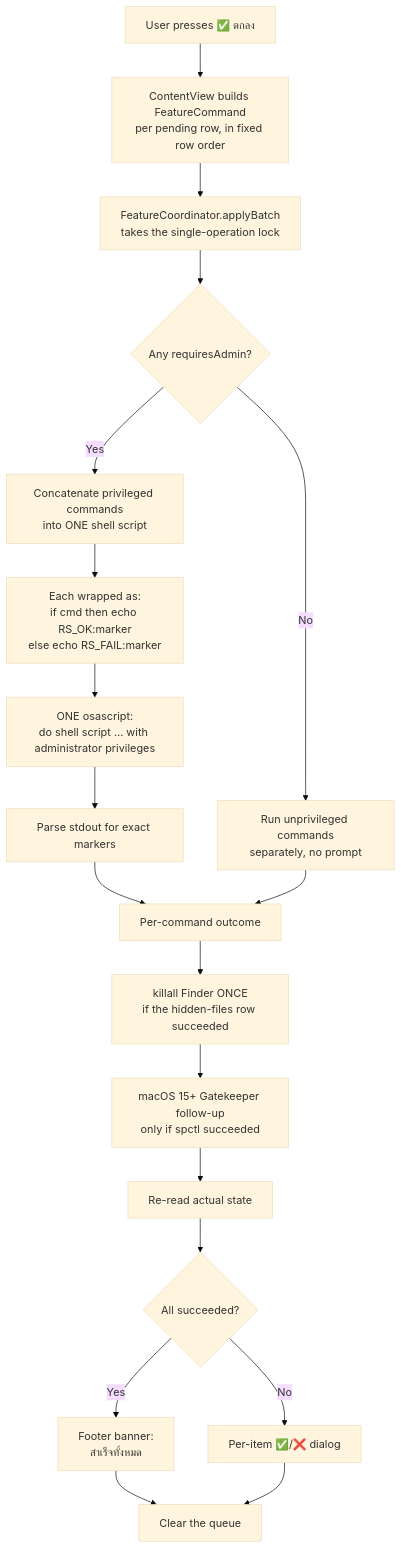
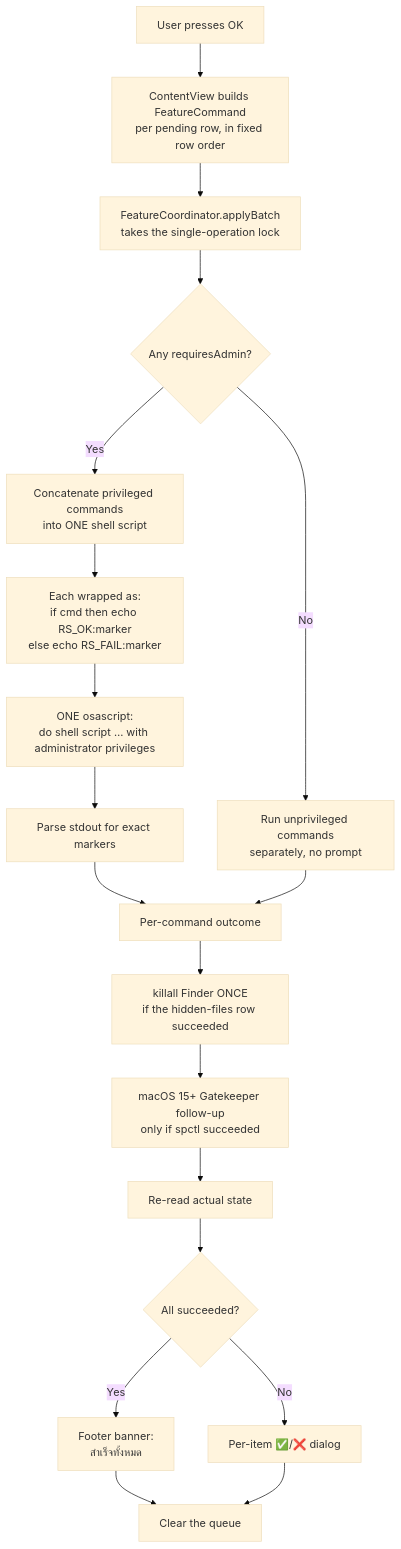
One commit to pppoipoit/Rosetta_Stone changed the diagram in docs/FEATURES.md. Above: the diagram before and after it, drawn with Mermaid (base theme). The commit also changed other lines of this file and 17 other files, not shown here.

````diff
--- a/docs/FEATURES.md
+++ b/docs/FEATURES.md
@@ -684,21 +714,21 @@
 ```mermaid
 flowchart TD
-    A[User presses ✅ ตกลง] --> B[ContentView builds FeatureCommand<br/>per pending row, in fixed row order]
+    A[User presses OK] --> B[ContentView builds FeatureCommand<br/>per pending row, in fixed row order]
     B --> C[FeatureCoordinator.applyBatch<br/>takes the single-operation lock]
     C --> D{Any requiresAdmin?}
     D -- Yes --> E[Concatenate privileged commands<br/>into ONE shell script]
     E --> F[Each wrapped as:<br/>if cmd then echo RS_OK:marker<br/>else echo RS_FAIL:marker]
     F --> G[ONE osascript:<br/>do shell script … with administrator privileges]
     G --> H[Parse stdout for exact markers]
     H --> I[Per-command outcome]
     D -- No --> J[Run unprivileged commands<br/>separately, no prompt]
     J --> I
     I --> K[killall Finder ONCE<br/>if the hidden-files row succeeded]
     K --> L[macOS 15+ Gatekeeper follow-up<br/>only if spctl succeeded]
     L --> M[Re-read actual state]
     M --> N{All succeeded?}
     N -- Yes --> O[Footer banner:<br/>สำเร็จทั้งหมด]
     N -- No --> P[Per-item ✅/❌ dialog]
     O --> Q[Clear the queue]
     P --> Q
 ```
````
